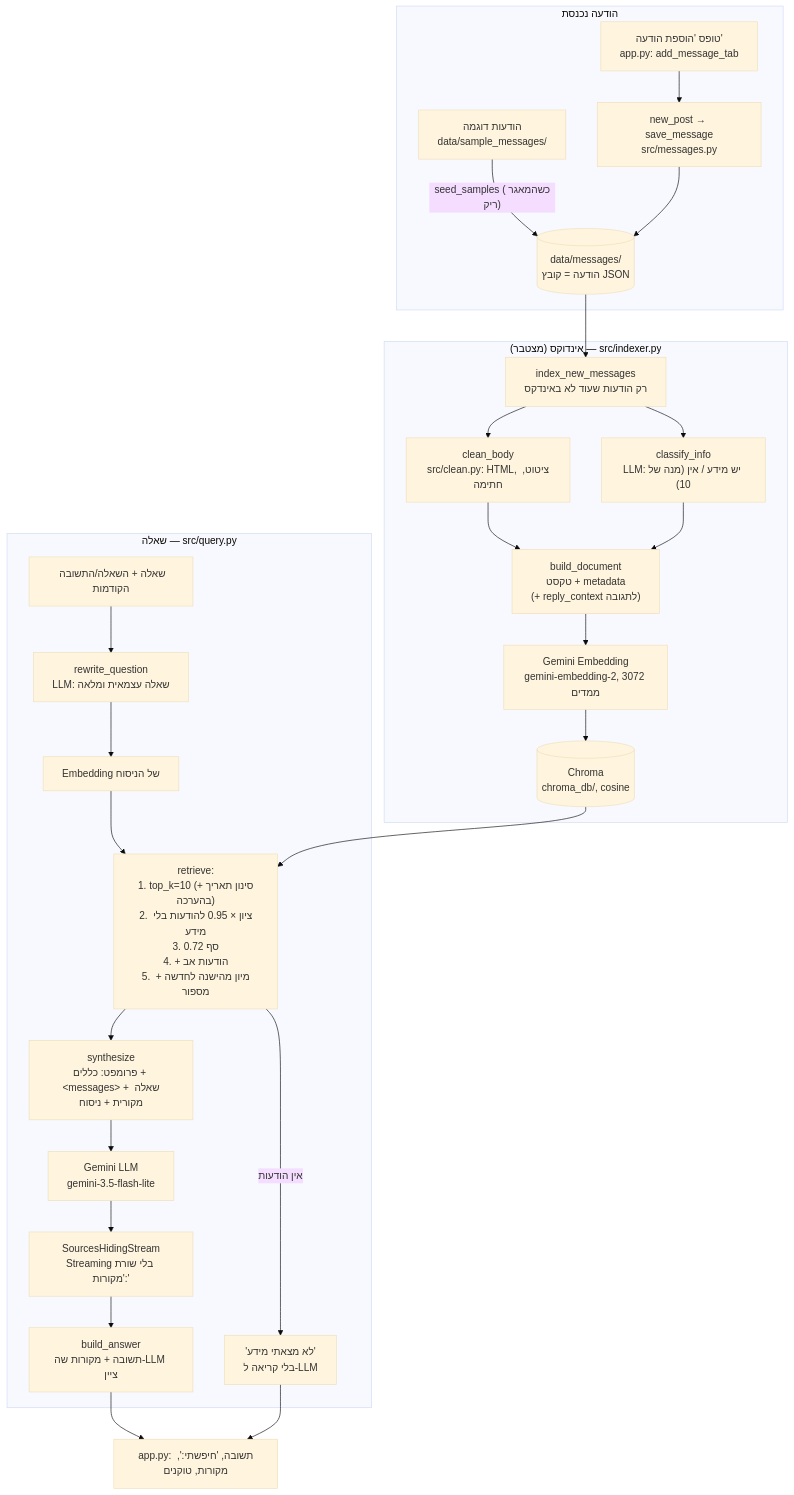
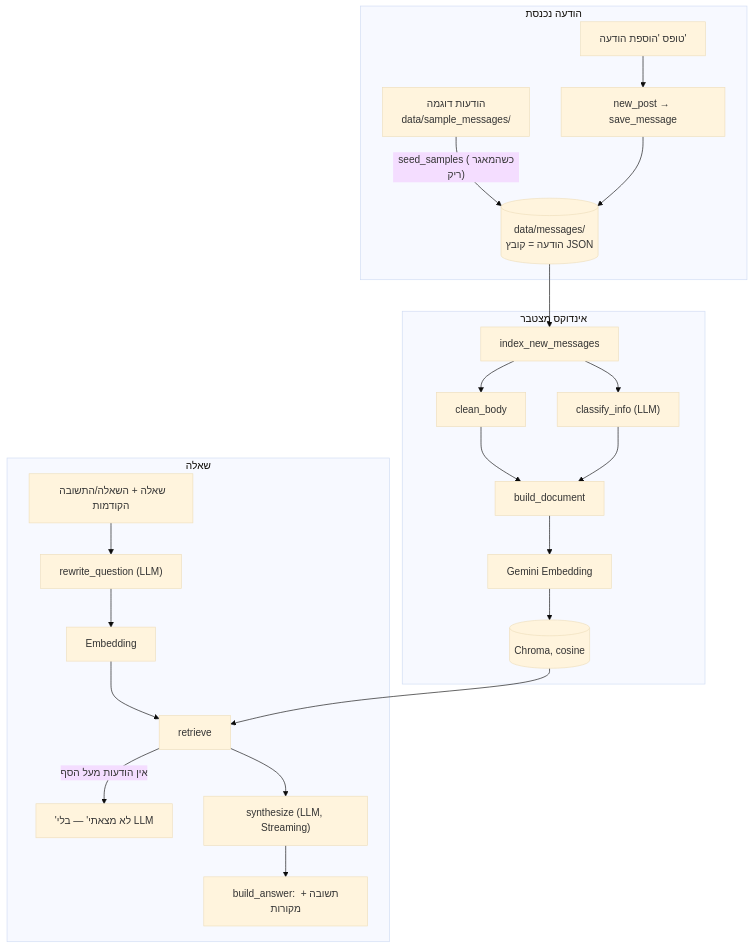
The diagram in docs/architecture.md (DvoraWiess/class-board-rag), drawn with Mermaid (base theme) before and after one commit. The commit also changed other lines of this file and 5 other files, not shown here.

````diff
--- a/docs/architecture.md
+++ b/docs/architecture.md
@@ -5,33 +8,19 @@
 ```mermaid
 flowchart TD
     subgraph IN["הודעה נכנסת"]
-        F["טופס 'הוספת הודעה'<br/>app.py: add_message_tab"] --> P["new_post → save_message<br/>src/messages.py"]
+        F["טופס 'הוספת הודעה'"] --> P["new_post → save_message"]
         S["הודעות דוגמה<br/>data/sample_messages/"] -->|"seed_samples (כשהמאגר ריק)"| D
         P --> D[("data/messages/<br/>הודעה = קובץ JSON")]
     end
-
-    subgraph IDX["אינדוקס (מצטבר) — src/indexer.py"]
-        D --> N["index_new_messages<br/>רק הודעות שעוד לא באינדקס"]
-        N --> C["clean_body<br/>src/clean.py: HTML, ציטוט, חתימה"]
-        N --> I["classify_info<br/>LLM: יש מידע / אין (מנה של 10)"]
-        C --> B["build_document<br/>טקסט + metadata<br/>(+ reply_context לתגובה)"]
-        I --> B
-        B --> E["Gemini Embedding<br/>gemini-embedding-2, 3072 ממדים"]
-        E --> V[("Chroma<br/>chroma_db/, cosine")]
+    subgraph IDX["אינדוקס מצטבר"]
+        D --> N["index_new_messages"] --> C["clean_body"] --> B["build_document"]
+        N --> I["classify_info (LLM)"] --> B
+        B --> E["Gemini Embedding"] --> V[("Chroma, cosine")]
     end
-
-    subgraph Q["שאלה — src/query.py"]
-        U["שאלה + השאלה/התשובה הקודמות"] --> R["rewrite_question<br/>LLM: שאלה עצמאית ומלאה"]
-        R --> QE["Embedding של הניסוח"]
-        QE --> RT["retrieve:<br/>1. top_k=10 (+סינון תאריך בהערכה)<br/>2. ציון × 0.95 להודעות בלי מידע<br/>3. סף 0.72<br/>4. + הודעות אב<br/>5. מיון מהישנה לחדשה + מספור"]
+    subgraph Q["שאלה"]
+        U["שאלה + השאלה/התשובה הקודמות"] --> R["rewrite_question (LLM)"] --> QE["Embedding"] --> RT["retrieve"]
         V --> RT
-        RT -->|"אין הודעות"| NO["'לא מצאתי מידע'<br/>בלי קריאה ל-LLM"]
-        RT --> SY["synthesize<br/>פרומפט: כללים + &lt;messages&gt; + שאלה מקורית + ניסוח"]
-        SY --> L["Gemini LLM<br/>gemini-3.5-flash-lite"]
-        L --> ST["SourcesHidingStream<br/>Streaming בלי שורת 'מקורות:'"]
-        ST --> A["build_answer<br/>תשובה + מקורות שה-LLM ציין"]
+        RT -->|"אין הודעות מעל הסף"| NO["'לא מצאתי' — בלי LLM"]
+        RT --> SY["synthesize (LLM, Streaming)"] --> A["build_answer: תשובה + מקורות"]
     end
-
-    A --> UI["app.py: תשובה, 'חיפשתי:', מקורות, טוקנים"]
-    NO --> UI
 ```
````
